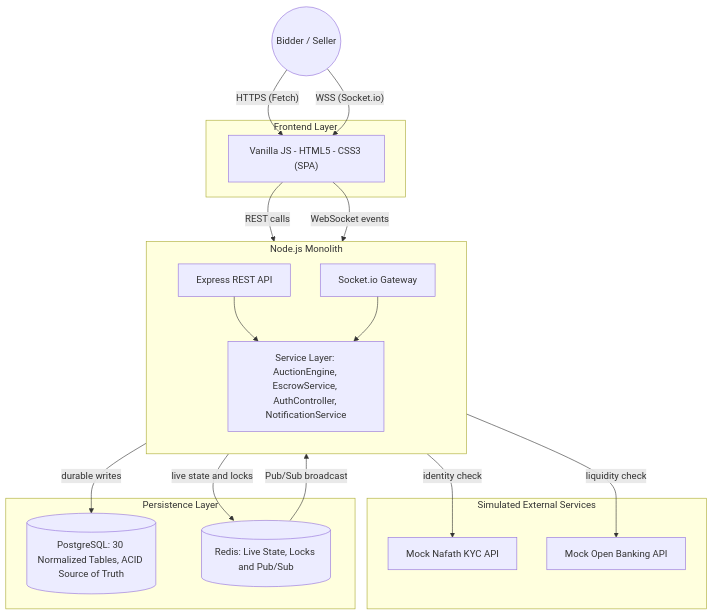
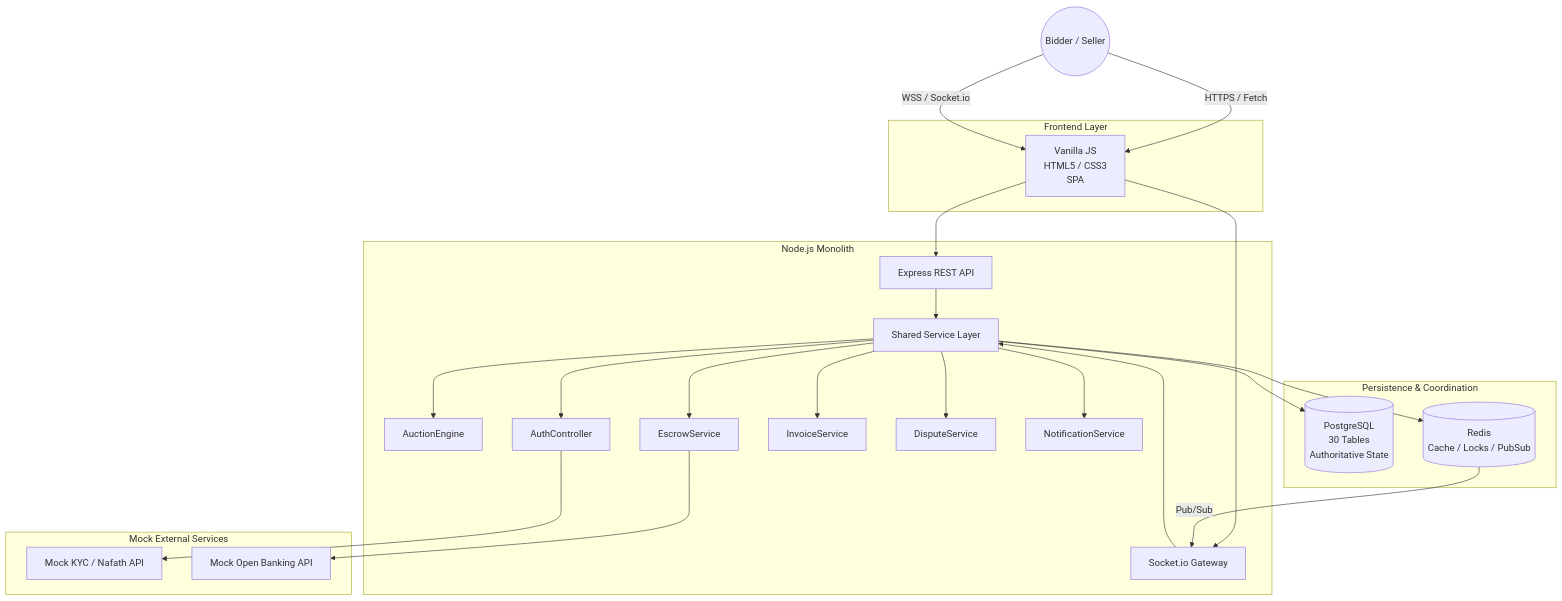
One commit to ghadi0alzhrani0/Mezyad changed the first of 15 diagrams in Stage_3/Report.MD. Above: the diagram before and after it, drawn with Mermaid. The commit also changed other lines of this file, not shown here.

````diff
--- a/Stage_3/Report.MD
+++ b/Stage_3/Report.MD
@@ -52,41 +53,43 @@
 ```mermaid
 flowchart TD
     User((Bidder / Seller))
-
     subgraph Frontend["Frontend Layer"]
-        UI["Vanilla JS - HTML5 - CSS3 (SPA)"]
+        UI["Vanilla JS<br/>HTML5 / CSS3<br/>SPA"]
     end
-
-    User -- "HTTPS (Fetch)" --> UI
-    User -- "WSS (Socket.io)" --> UI
-
+    User -->|"HTTPS / Fetch"| UI
+    User -->|"WSS / Socket.io"| UI
     subgraph Backend["Node.js Monolith"]
-        direction TB
         Express["Express REST API"]
         WS["Socket.io Gateway"]
-        Services["Service Layer: AuctionEngine, EscrowService, AuthController, NotificationService"]
-
+        Services["Shared Service Layer"]
+        Auction["AuctionEngine"]
+        Escrow["EscrowService"]
+        Auth["AuthController"]
+        Invoice["InvoiceService"]
+        Dispute["DisputeService"]
+        Notification["NotificationService"]
         Express --> Services
         WS --> Services
+        Services --> Auction
+        Services --> Escrow
+        Services --> Auth
+        Services --> Invoice
+        Services --> Dispute
+        Services --> Notification
     end
-
-    UI -- "REST calls" --> Express
-    UI -- "WebSocket events" --> WS
-
-    subgraph Mocks["Simulated External Services"]
-        MockKYC["Mock Nafath KYC API"]
-        MockBank["Mock Open Banking API"]
+    UI --> Express
+    UI --> WS
+    subgraph External["Mock External Services"]
+        KYC["Mock KYC / Nafath API"]
+        Bank["Mock Open Banking API"]
     end
-
-    Services -- "identity check" --> MockKYC
-    Services -- "liquidity check" --> MockBank
-
-    subgraph DataLayer["Persistence Layer"]
-        PG[("PostgreSQL: 30 Normalized Tables, ACID Source of Truth")]
-        Redis[("Redis: Live State, Locks and Pub/Sub")]
+    Auth --> KYC
+    Escrow --> Bank
+    subgraph Data["Persistence & Coordination"]
+        PG[("PostgreSQL<br/>30 Tables<br/>Authoritative State")]
+        Redis[("Redis<br/>Cache / Locks / PubSub")]
     end
-
-    Services -- "durable writes" --> PG
-    Services -- "live state and locks" --> Redis
-    Redis -- "Pub/Sub broadcast" --> WS
+    Services --> PG
+    Services --> Redis
+    Redis -->|"Pub/Sub"| WS
 ```
````
